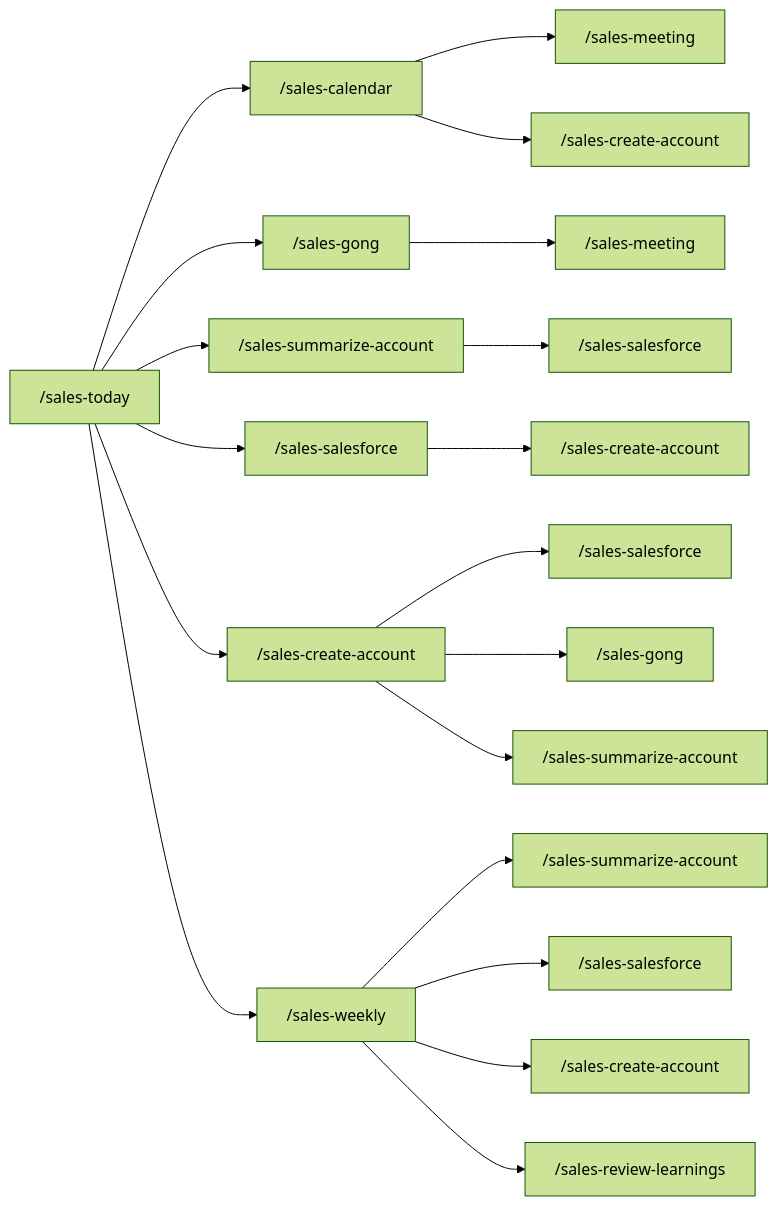
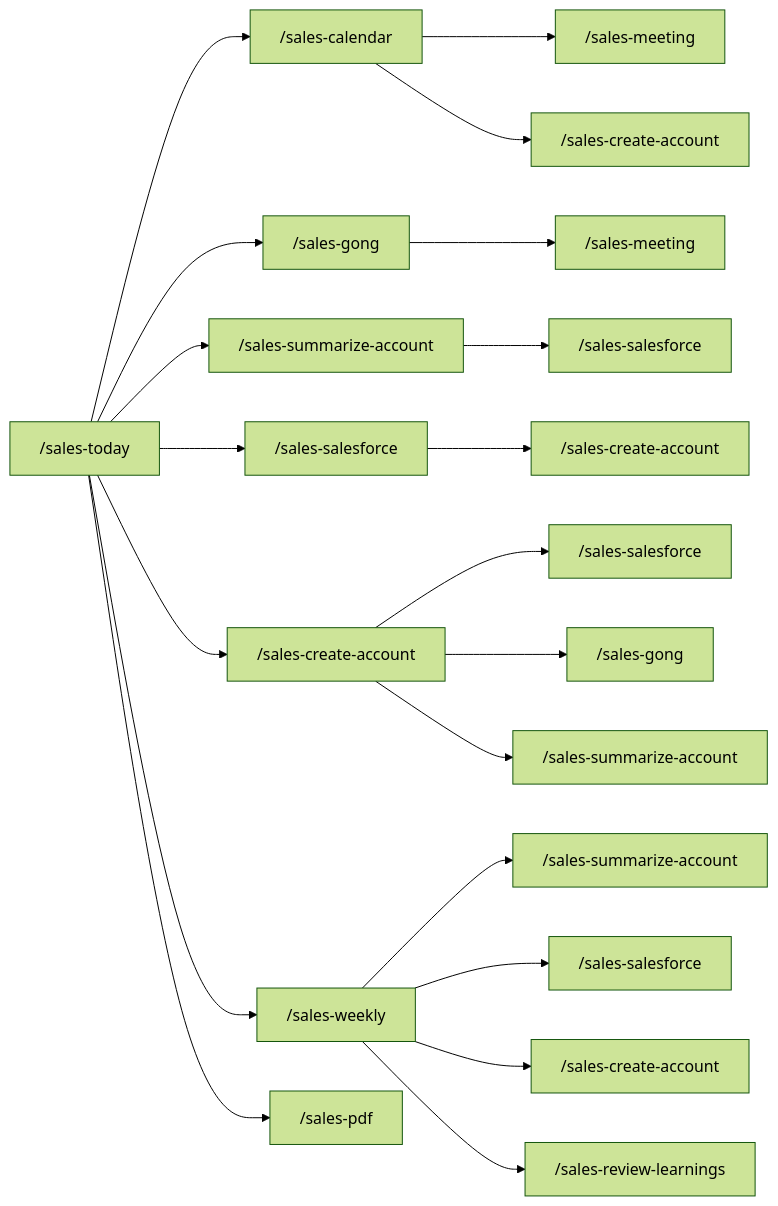
The diagram in README.md (yeutterg/claude-code-sales-skills), drawn with Mermaid (forest theme) before and after one commit. The commit also changed other lines of this file and 3 other files, not shown here.

First line of the commit message:
sync: add /sales-pdf skill for account PDF export

````diff
--- a/README.md
+++ b/README.md
@@ -201,22 +216,23 @@
 ```mermaid
 graph LR
     today["/sales-today"] --> calendar["/sales-calendar"]
     today --> gong1["/sales-gong"]
     today --> summarize1["/sales-summarize-account"]
     today --> salesforce1["/sales-salesforce"]
     today --> create1["/sales-create-account"]
     today --> weekly["/sales-weekly"]
+    today --> pdf["/sales-pdf"]
 
     calendar --> meeting1["/sales-meeting"]
     calendar --> create2["/sales-create-account"]
     gong1 --> meeting2["/sales-meeting"]
     weekly --> summarize2["/sales-summarize-account"]
     weekly --> salesforce2["/sales-salesforce"]
     weekly --> create3["/sales-create-account"]
     weekly --> review["/sales-review-learnings"]
     create1 --> salesforce3["/sales-salesforce"]
     create1 --> gong2["/sales-gong"]
     create1 --> summarize3["/sales-summarize-account"]
     summarize1 --> salesforce4["/sales-salesforce"]
     salesforce1 --> create4["/sales-create-account"]
 ```
````
